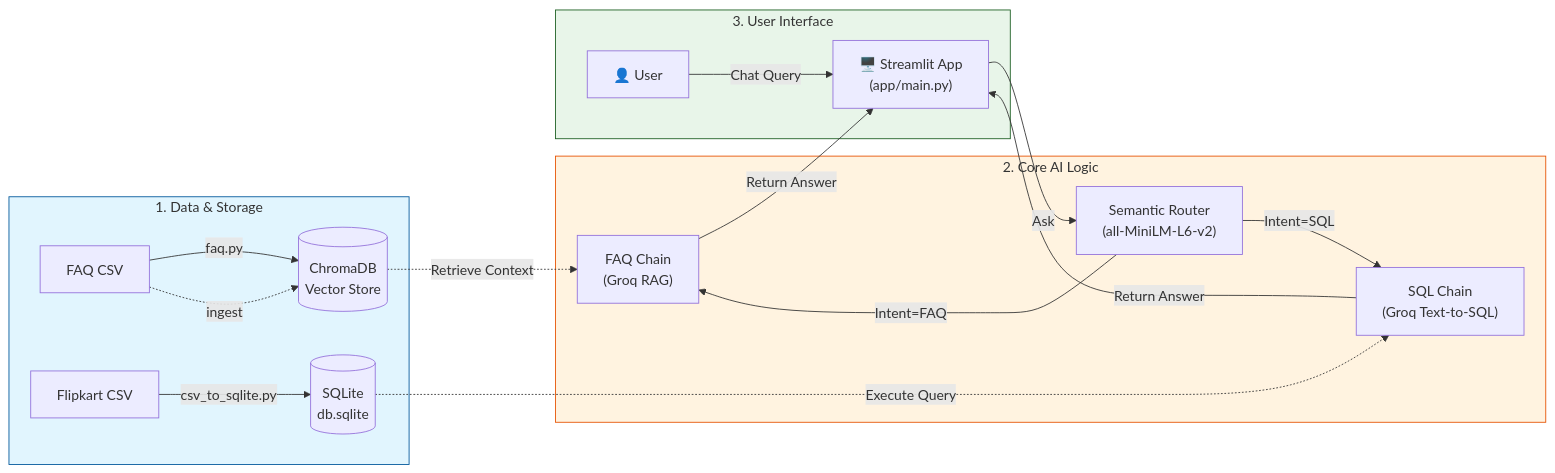
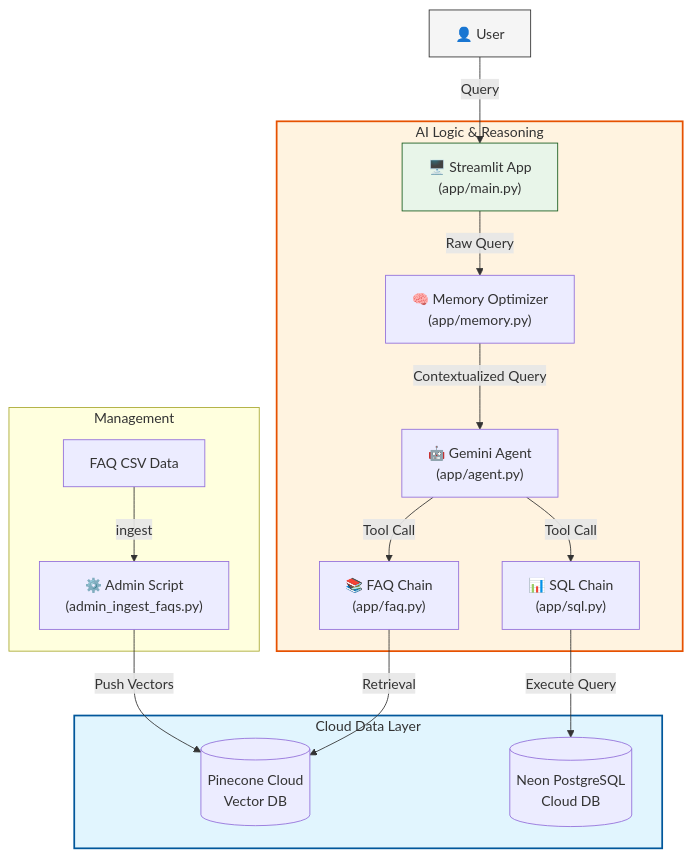
Before and after one commit to VIVPM/ecommerce-agent: the diagram in README.md, drawn with Mermaid. The commit also changed other lines of this file and 10 other files, not shown here.

Commit message:
feat: add agent orchestration and FAQ ingestion admin script

````diff
--- a/README.md
+++ b/README.md
@@ -17,36 +21,32 @@
 ```mermaid
-graph LR
-    %% Data Stage
-    subgraph Data_Preparation [1. Data & Storage]
-        FAQ_CSV[FAQ CSV] -->|faq.py| Chroma[(ChromaDB<br>Vector Store)]
-        Scraped[Flipkart CSV] -->|csv_to_sqlite.py| SQLite[(SQLite<br>db.sqlite)]
+graph TD
+    %% User Layer
+    User[👤 User] -->|Query| UI["🖥️ Streamlit App<br>(app/main.py)"]
+    
+    %% Logic Layer
+    subgraph Logic_Flow [AI Logic & Reasoning]
+        UI -->|Raw Query| Memory["🧠 Memory Optimizer<br>(app/memory.py)"]
+        Memory -->|Contextualized Query| Agent["🤖 Gemini Agent<br>(app/agent.py)"]
+        
+        Agent -->|Tool Call| FAQ["📚 FAQ Chain<br>(app/faq.py)"]
+        Agent -->|Tool Call| SQL["📊 SQL Chain<br>(app/sql.py)"]
     end
 
-    %% Logic Stage
-    subgraph AI_Core [2. Core AI Logic]
-        Router["Semantic Router<br>(all-MiniLM-L6-v2)"]
-        FAQ["FAQ Chain<br>(Groq RAG)"]
-        SQL["SQL Chain<br>(Groq Text-to-SQL)"]
-        
-        Router -->|Intent=FAQ| FAQ
-        Router -->|Intent=SQL| SQL
-        FAQ_CSV -.-> |ingest| Chroma
-        
-        Chroma -.->|Retrieve Context| FAQ
-        SQLite -.->|Execute Query| SQL
+    %% Data Layer
+    subgraph Cloud_Storage [Cloud Data Layer]
+        FAQ -->|Retrieval| Pinecone[(Pinecone Cloud<br>Vector DB)]
+        SQL -->|Execute Query| Neon[(Neon PostgreSQL<br>Cloud DB)]
     end
 
-    %% Serving Stage
-    subgraph Deployment [3. User Interface]
-        UI["🖥️ Streamlit App<br>(app/main.py)"]
-        User[👤 User] -->|Chat Query| UI
-        UI -->|Ask| Router
-        FAQ -->|Return Answer| UI
-        SQL -->|Return Answer| UI
+    %% Admin Flow
+    subgraph Admin_Tools [Management]
+        CSV[FAQ CSV Data] -->|ingest| AdminScript["⚙️ Admin Script<br>(admin_ingest_faqs.py)"]
+        AdminScript -->|Push Vectors| Pinecone
     end
 
     %% Styling
-    style Data_Preparation fill:#e1f5fe,stroke:#01579b
-    style AI_Core fill:#fff3e0,stroke:#e65100
-    style Deployment fill:#e8f5e9,stroke:#1b5e20
+    style Logic_Flow fill:#fff3e0,stroke:#e65100,stroke-width:2px
+    style Cloud_Storage fill:#e1f5fe,stroke:#01579b,stroke-width:2px
+    style User fill:#f5f5f5,stroke:#333
+    style UI fill:#e8f5e9,stroke:#1b5e20
 ```
````
